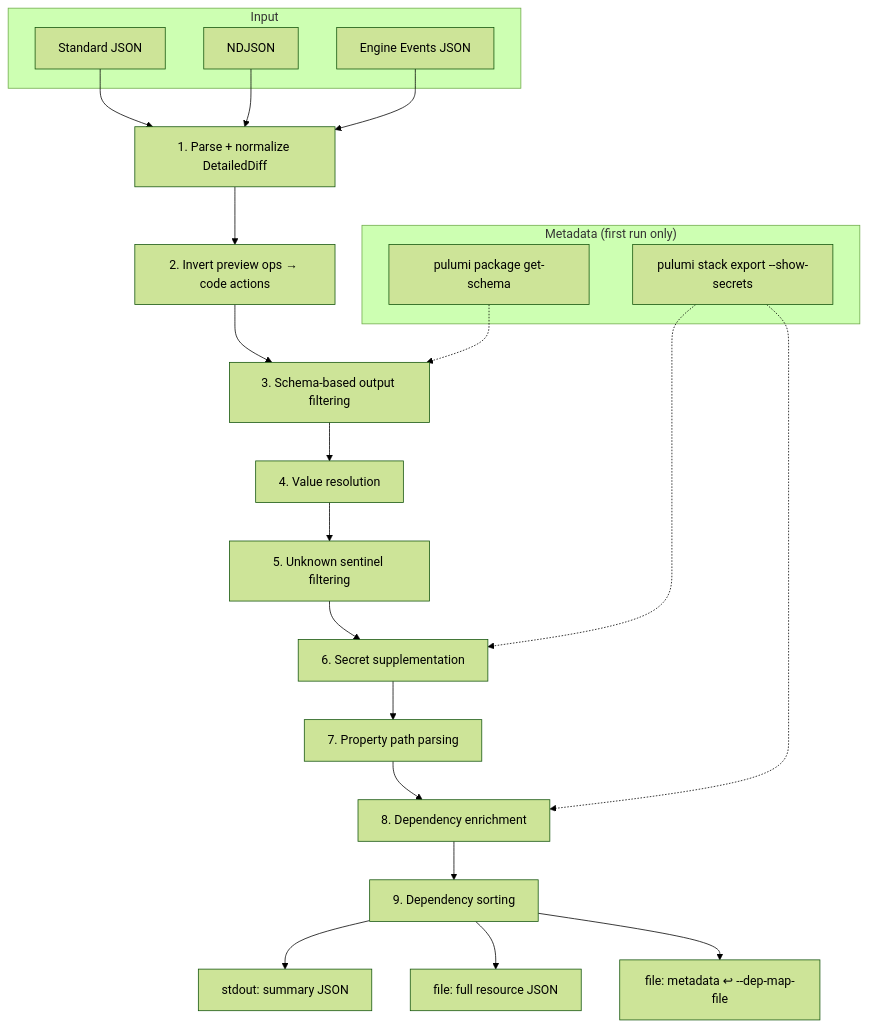
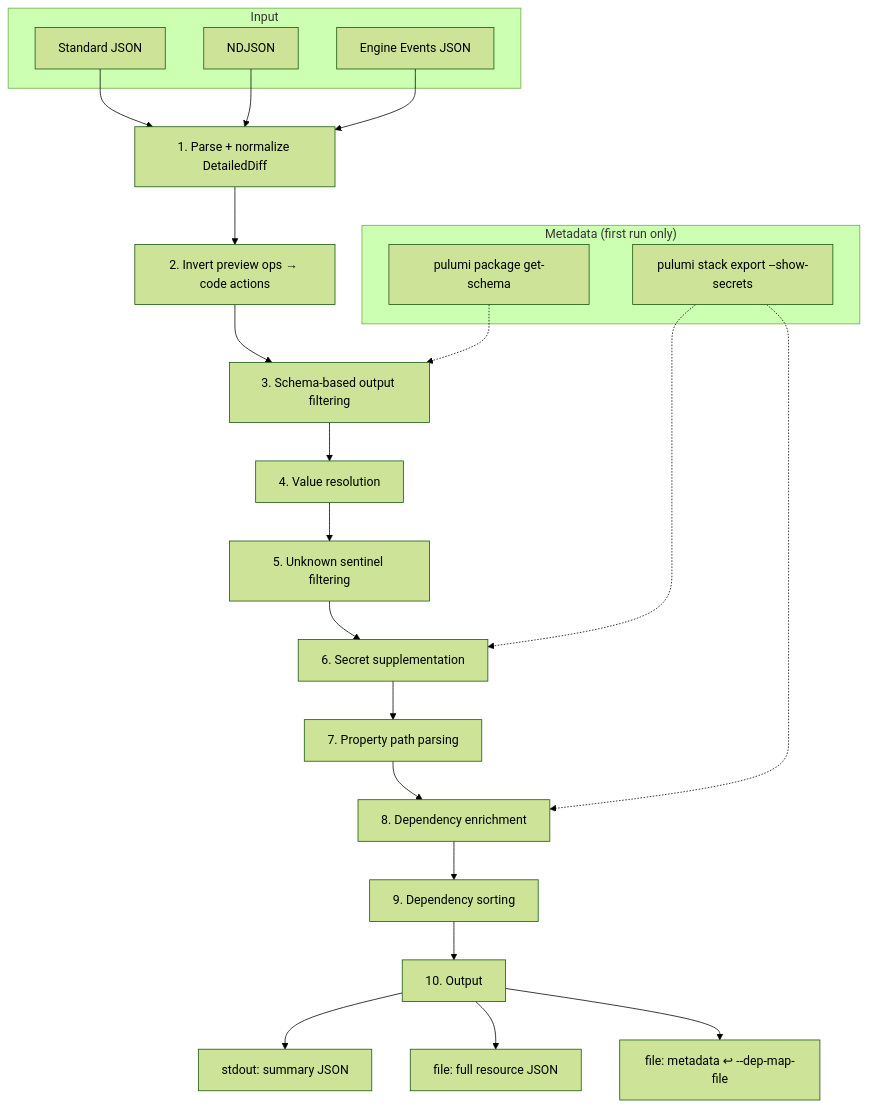
The diagram in README.md (pulumi-labs/pulumi-tool-drift-adopter), drawn with Mermaid (forest theme) before and after one commit. The commit also changed other lines of this file, not shown here.

````diff
--- a/README.md
+++ b/README.md
@@ -213,31 +81,32 @@
 ```mermaid
 flowchart TD
     subgraph Input
         A1["Standard JSON"]
         A2["NDJSON"]
         A3["Engine Events JSON"]
     end
 
     A1 & A2 & A3 --> P1["1. Parse + normalize DetailedDiff"]
     P1 --> P2["2. Invert preview ops → code actions"]
     P2 --> P3["3. Schema-based output filtering"]
     P3 --> P4["4. Value resolution"]
     P4 --> P5["5. Unknown sentinel filtering"]
     P5 --> P6["6. Secret supplementation"]
     P6 --> P7["7. Property path parsing"]
     P7 --> P8["8. Dependency enrichment"]
     P8 --> P9["9. Dependency sorting"]
+    P9 --> P10["10. Output"]
 
     subgraph "Metadata (first run only)"
         S1["pulumi stack export --show-secrets"]
         S2["pulumi package get-schema"]
     end
 
     S1 -.-> P6
     S1 -.-> P8
     S2 -.-> P3
 
-    P9 --> O1["stdout: summary JSON"]
-    P9 --> O2["file: full resource JSON"]
-    P9 --> O3["file: metadata ↩ --dep-map-file"]
+    P10 --> O1["stdout: summary JSON"]
+    P10 --> O2["file: full resource JSON"]
+    P10 --> O3["file: metadata ↩ --dep-map-file"]
 ```
````
